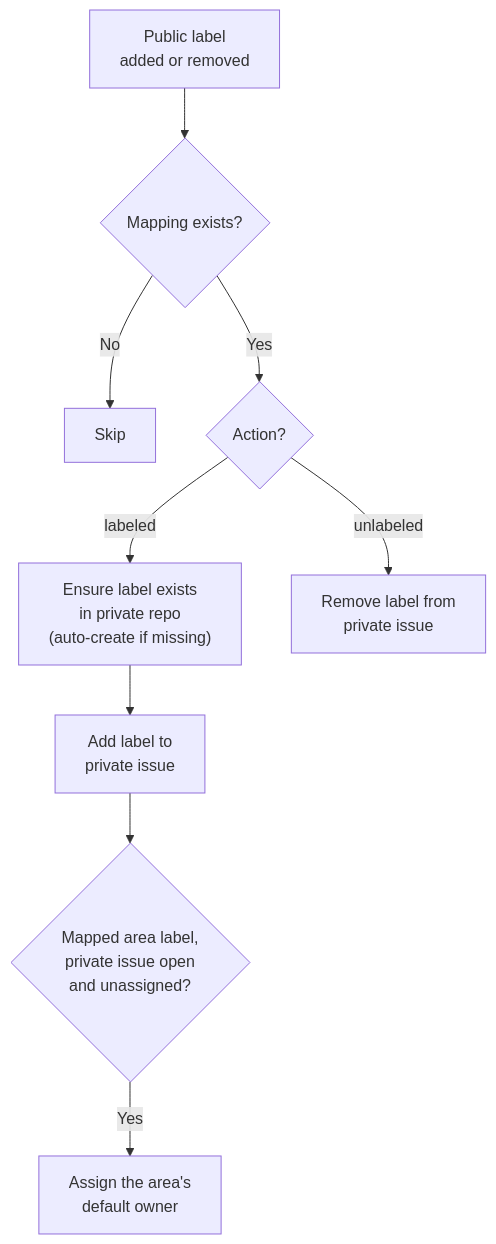
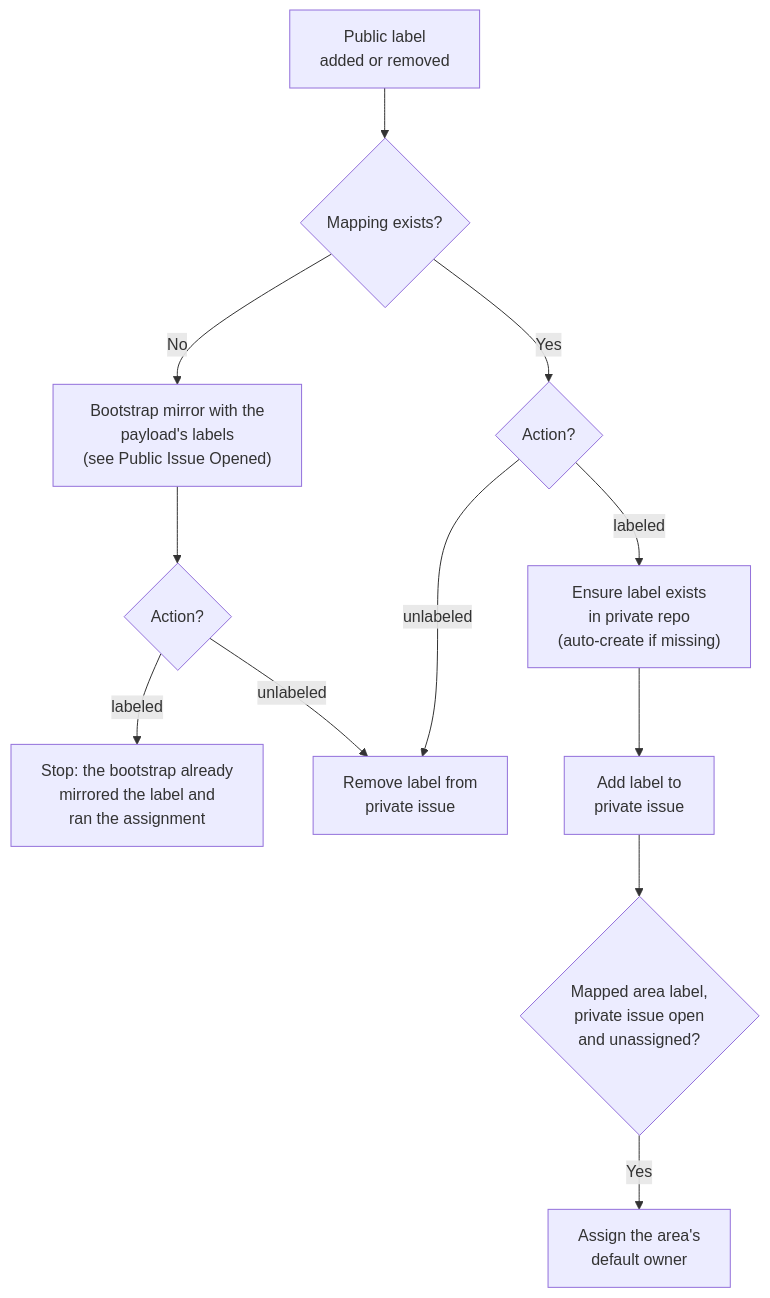
The ninth of 16 diagrams in FLOWS.md (Magma-Maths/lyrebird), drawn with Mermaid before and after one commit. The commit also changed other lines of this file, not shown here.

First line of the commit message:
docs(flows): match the public-event diagrams to the real call graph

````diff
--- a/FLOWS.md
+++ b/FLOWS.md
@@ -116,11 +119,14 @@
 ```mermaid
 flowchart TD
     A["Public label<br/>added or removed"] --> B{"Mapping exists?"}
-    B -- No --> Z["Skip"]
+    B -- No --> BA["Bootstrap mirror with the<br/>payload's labels<br/>(see Public Issue Opened)"]
+    BA --> BB{"Action?"}
+    BB -- labeled --> Z["Stop: the bootstrap already<br/>mirrored the label and<br/>ran the assignment"]
+    BB -- unlabeled --> F
     B -- Yes --> C{"Action?"}
     C -- labeled --> D["Ensure label exists<br/>in private repo<br/>(auto-create if missing)"]
     D --> E["Add label to<br/>private issue"]
     E --> EA{"Mapped area label,<br/>private issue open<br/>and unassigned?"}
     EA -- Yes --> EB["Assign the area's<br/>default owner"]
     C -- unlabeled --> F["Remove label from<br/>private issue"]
 ```
````
